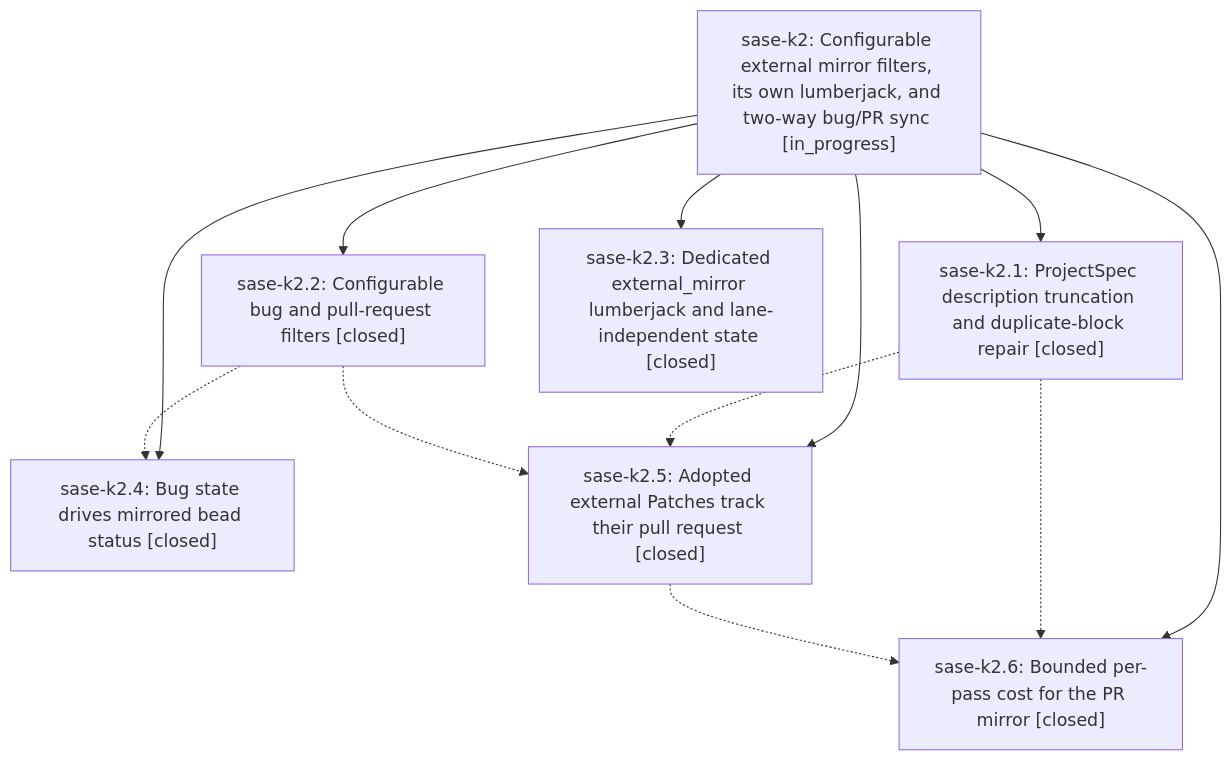
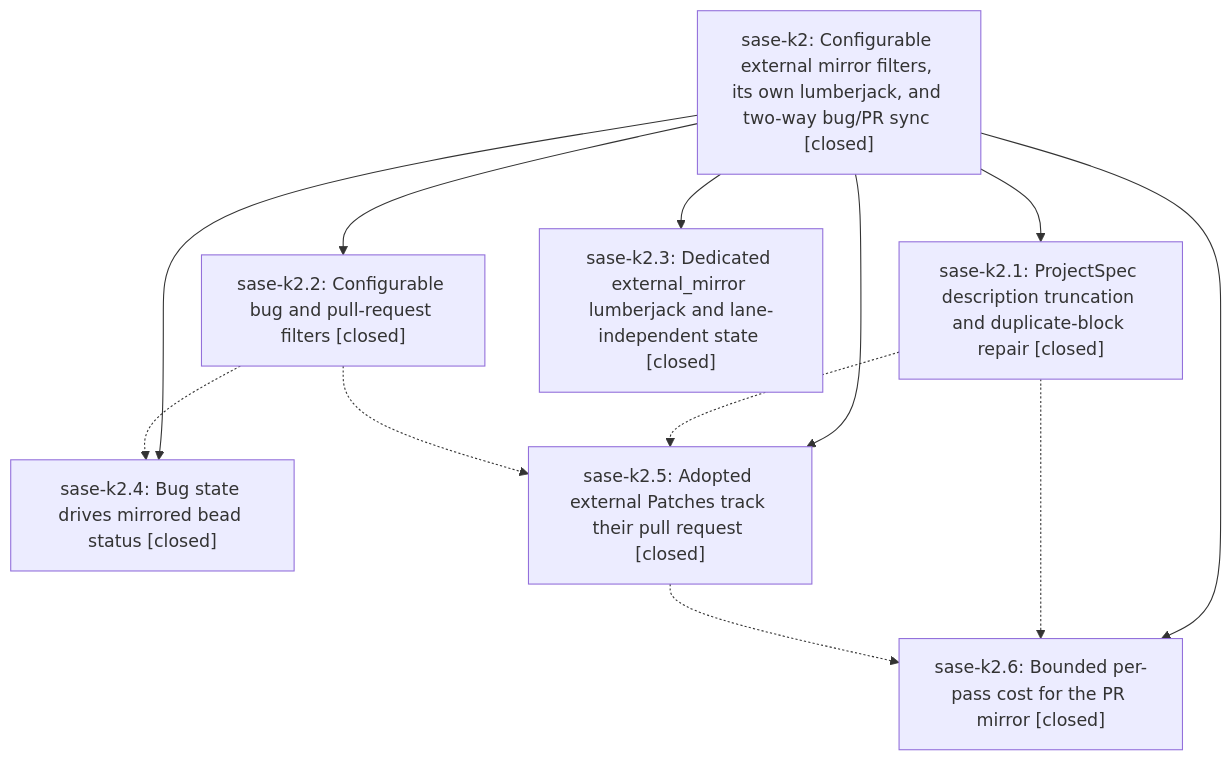
Before and after one commit to sase-org/sase--beads: the diagram in pages/sase-k2/README.md, drawn with Mermaid. The commit also changed other lines of this file and 1 other file, not shown here.

First line of the commit message:
chore(beads): sync bead state and pages for sase-k2

````diff
--- a/pages/sase-k2/README.md
+++ b/pages/sase-k2/README.md
@@ -27,21 +61,21 @@
 ```mermaid
 flowchart TD
-    n0["sase-k2: Configurable external mirror filters, its own lumberjack, and two-way bug/PR sync [in_progress]"]
+    n0["sase-k2: Configurable external mirror filters, its own lumberjack, and two-way bug/PR sync [closed]"]
     n1["sase-k2.1: ProjectSpec description truncation and duplicate-block repair [closed]"]
     n2["sase-k2.2: Configurable bug and pull-request filters [closed]"]
     n3["sase-k2.3: Dedicated external_mirror lumberjack and lane-independent state [closed]"]
     n4["sase-k2.4: Bug state drives mirrored bead status [closed]"]
     n5["sase-k2.5: Adopted external Patches track their pull request [closed]"]
     n6["sase-k2.6: Bounded per-pass cost for the PR mirror [closed]"]
     n0 --> n1
     n0 --> n2
     n0 --> n3
     n0 --> n4
     n0 --> n5
     n0 --> n6
     n1 -.-> n5
     n1 -.-> n6
     n2 -.-> n4
     n2 -.-> n5
     n5 -.-> n6
 ```
````
